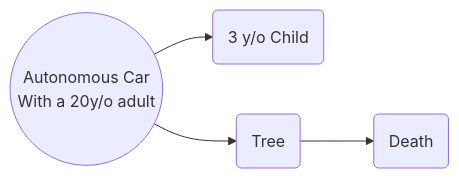
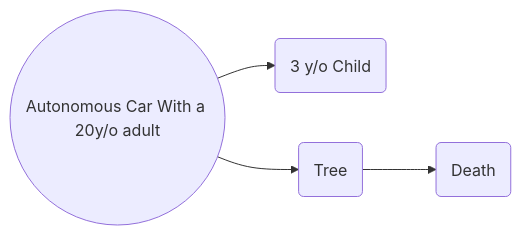
One commit to Grig84/ethics_fall2025 changed the diagram in _casestudy/10_activity.md. Above: the diagram before and after it, drawn with Mermaid. The commit also changed other lines of this file and 1 other file, not shown here.

Commit message:
Revised activity test

````diff
--- a/_casestudy/10_activity.md
+++ b/_casestudy/10_activity.md
@@ -13,5 +13,5 @@
 ```mermaid
 graph LR
-0((Autonomous Car<br/>With a 20y/o adult)) --> 1(3 y/o Child);
+0((Autonomous Car With a 20y/o adult)) --> 1(3 y/o Child);
 0 --> 2(Tree) --> 3(Death);
 ```
````
